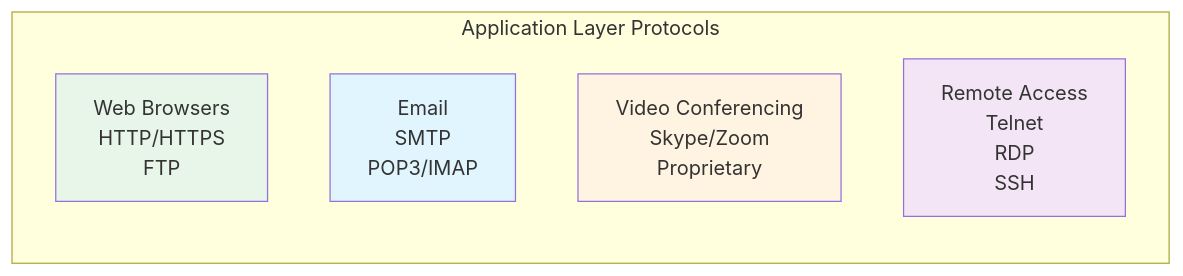
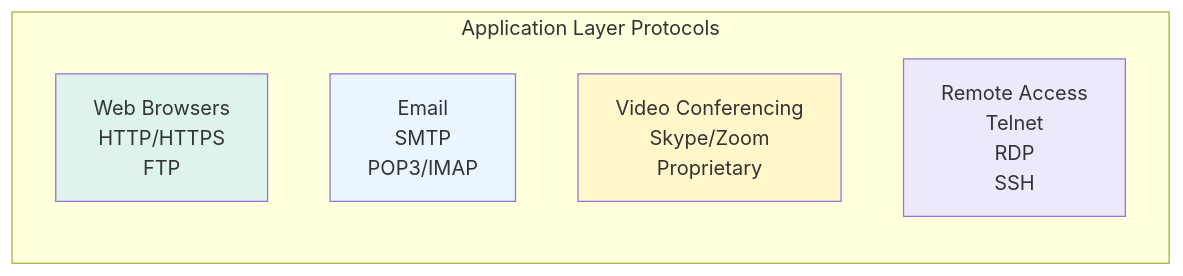
Diagram 13 of 31 in LLD/CoreConcepts/Networking.md (cartmancodes/InterviewVault), drawn with Mermaid before and after one commit. The commit also changed other lines of this file and 679 other files, not shown here.

Commit message:
Unify content diagrams and add accessible visual walkthroughs

````diff
--- a/LLD/CoreConcepts/Networking.md
+++ b/LLD/CoreConcepts/Networking.md
@@ -481,14 +481,14 @@
 ```mermaid
 graph LR
     subgraph "Application Layer Protocols"
         HTTP[Web Browsers<br/>HTTP/HTTPS<br/>FTP]
         MAIL[Email<br/>SMTP<br/>POP3/IMAP]
         VIDEO[Video Conferencing<br/>Skype/Zoom<br/>Proprietary]
         REMOTE[Remote Access<br/>Telnet<br/>RDP<br/>SSH]
     end
     
-    style HTTP fill:#e8f5e9
-    style MAIL fill:#e1f5ff
-    style VIDEO fill:#fff4e1
-    style REMOTE fill:#f3e5f5
+    style HTTP fill:#DDF3EC
+    style MAIL fill:#EAF5FD
+    style VIDEO fill:#FFF6C9
+    style REMOTE fill:#EDE8FA
 ```
````
